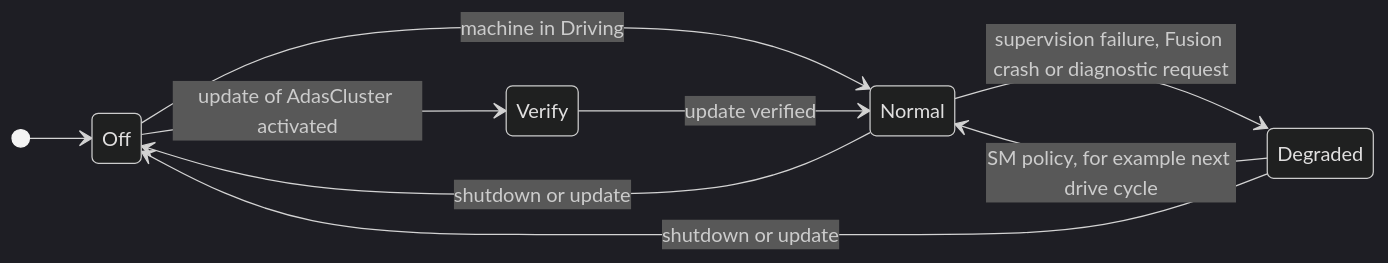
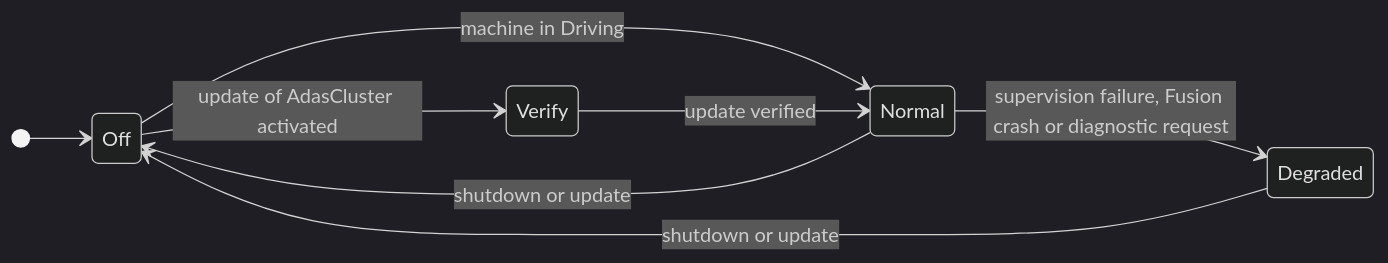
The sixth of 8 diagrams in guides/00_LearningPath.md (cavoidcodon/adaptive-guides), drawn with Mermaid (dark theme) before and after one commit. The commit also changed other lines of this file and 6 other files, not shown here.

````diff
--- a/guides/00_LearningPath.md
+++ b/guides/00_LearningPath.md
@@ -708,12 +708,11 @@
 ```mermaid
 stateDiagram-v2
     direction LR
     [*] --> Off
     Off --> Normal: machine in Driving
     Normal --> Degraded: supervision failure, Fusion crash or diagnostic request
-    Degraded --> Normal: SM policy, for example next drive cycle
     Normal --> Off: shutdown or update
     Degraded --> Off: shutdown or update
     Off --> Verify: update of AdasCluster activated
     Verify --> Normal: update verified
 ```
````
